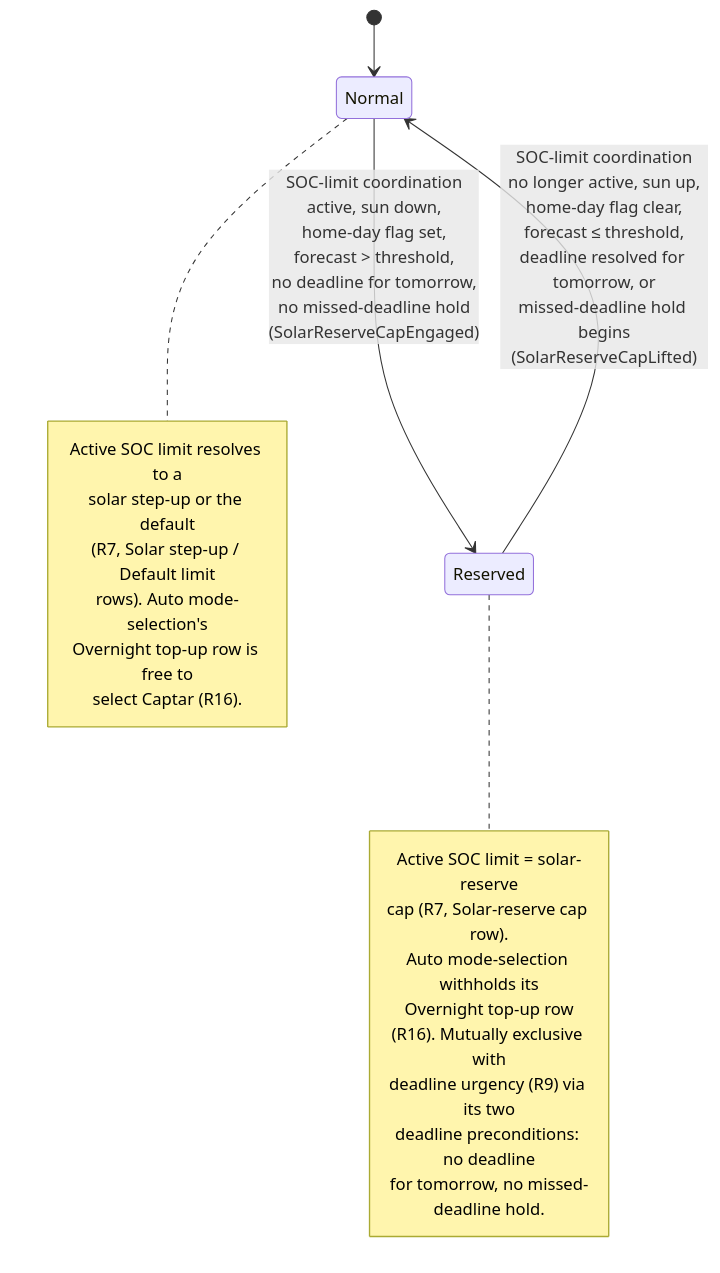
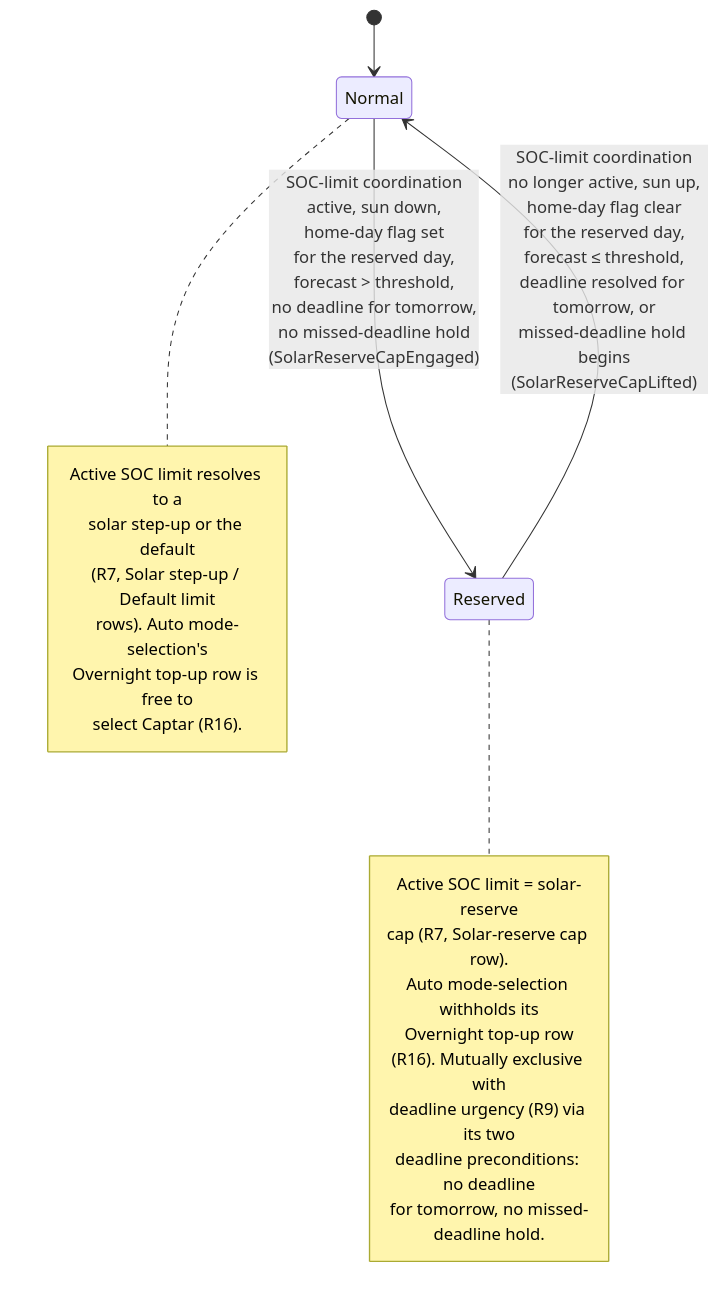
Before and after one commit to kristofdegrave/homeassistant-smart-charging: the diagram in docs/analysis/use-cases/UC07-reserve-capacity-for-tomorrow.md, drawn with Mermaid. The commit also changed other lines of this file and 3 other files, not shown here.

First line of the commit message:
uc: the solar-reserve cap's home-day flag condition names the reserved day, in R9, UC07, resolution-rules and the glossary

````diff
--- a/docs/analysis/use-cases/UC07-reserve-capacity-for-tomorrow.md
+++ b/docs/analysis/use-cases/UC07-reserve-capacity-for-tomorrow.md
@@ -145,24 +146,24 @@
 ```mermaid
 stateDiagram-v2
     [*] --> Normal
-    Normal --> Reserved: SOC-limit coordination<br/>active, sun down,<br/>home-day flag set,<br/>forecast > threshold,<br/>no deadline for tomorrow,<br/>no missed-deadline hold<br/>(SolarReserveCapEngaged)
-    Reserved --> Normal: SOC-limit coordination<br/>no longer active, sun up,<br/>home-day flag clear,<br/>forecast ≤ threshold,<br/>deadline resolved for tomorrow, or<br/>missed-deadline hold begins<br/>(SolarReserveCapLifted)
+    Normal --> Reserved: SOC-limit coordination<br/>active, sun down,<br/>home-day flag set<br/>for the reserved day,<br/>forecast > threshold,<br/>no deadline for tomorrow,<br/>no missed-deadline hold<br/>(SolarReserveCapEngaged)
+    Reserved --> Normal: SOC-limit coordination<br/>no longer active, sun up,<br/>home-day flag clear<br/>for the reserved day,<br/>forecast ≤ threshold,<br/>deadline resolved for tomorrow, or<br/>missed-deadline hold begins<br/>(SolarReserveCapLifted)
     note right of Reserved
         Active SOC limit = solar-reserve
         cap (R7, Solar-reserve cap row).
         Auto mode-selection withholds its
         Overnight top-up row
         (R16). Mutually exclusive with
         deadline urgency (R9) via its two
         deadline preconditions: no deadline
         for tomorrow, no missed-deadline hold.
     end note
     note right of Normal
         Active SOC limit resolves to a
         solar step-up or the default
         (R7, Solar step-up / Default limit
         rows). Auto mode-selection's
         Overnight top-up row is free to
         select Captar (R16).
     end note
 ```
````
